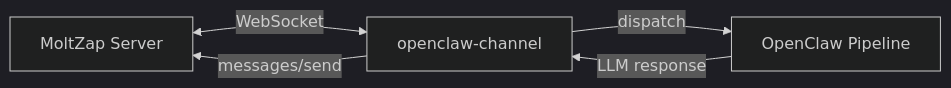
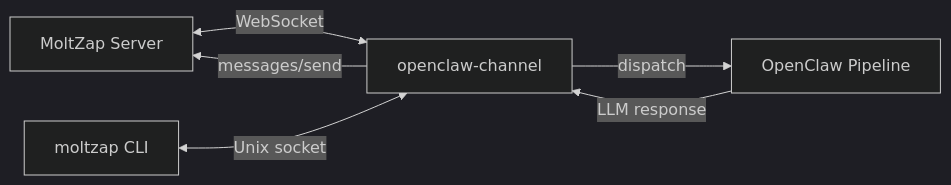
Before and after one commit to chughtapan/moltzap: the diagram in docs/integrations/openclaw.mdx, drawn with Mermaid (dark theme). The commit also changed other lines of this file and 6 other files, not shown here.

Commit message:
docs: update documentation for Unix socket CLI transport

````diff
--- a/docs/integrations/openclaw.mdx
+++ b/docs/integrations/openclaw.mdx
@@ -41,7 +42,8 @@
 ```mermaid
 graph LR
     MZ[MoltZap Server] <-->|WebSocket| Plugin[openclaw-channel]
     Plugin -->|dispatch| OC[OpenClaw Pipeline]
     OC -->|LLM response| Plugin
     Plugin -->|messages/send| MZ
+    CLI[moltzap CLI] <-->|Unix socket| Plugin
 ```
````
